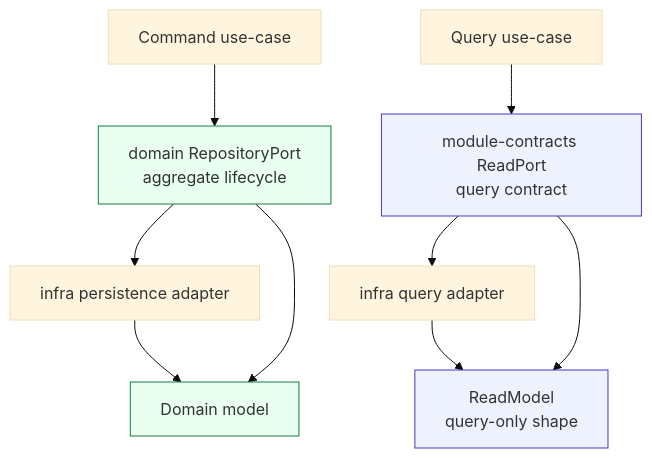
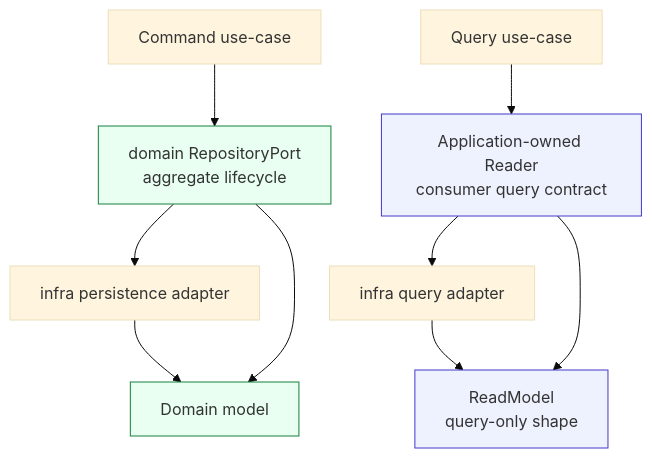
Before and after one commit to TEAM-BEAT/BEAT-SERVER: the fifth of 8 diagrams in core/domain/README.md, drawn with Mermaid (base theme). The commit also changed other lines of this file and 515 other files, not shown here.

````diff
--- a/core/domain/README.md
+++ b/core/domain/README.md
@@ -479,26 +479,26 @@
 ```mermaid
 flowchart TB
     Command[Command use-case]
     Query[Query use-case]
     DomainRepo[domain RepositoryPort<br/>aggregate lifecycle]
     DomainModel[Domain model]
-    ReadPort[module-contracts ReadPort<br/>query contract]
+    ReadPort[Application-owned Reader<br/>consumer query contract]
     ReadModel[ReadModel<br/>query-only shape]
     InfraRepo[infra persistence adapter]
     InfraQuery[infra query adapter]
 
     Command --> DomainRepo
     DomainRepo --> InfraRepo
     InfraRepo --> DomainModel
     DomainRepo --> DomainModel
 
     Query --> ReadPort
     ReadPort --> InfraQuery
     InfraQuery --> ReadModel
     ReadPort --> ReadModel
 
     style DomainRepo fill:#e8fff1,stroke:#15803d
     style DomainModel fill:#e8fff1,stroke:#15803d
     style ReadPort fill:#eef2ff,stroke:#4338ca
     style ReadModel fill:#eef2ff,stroke:#4338ca
 ```
````
